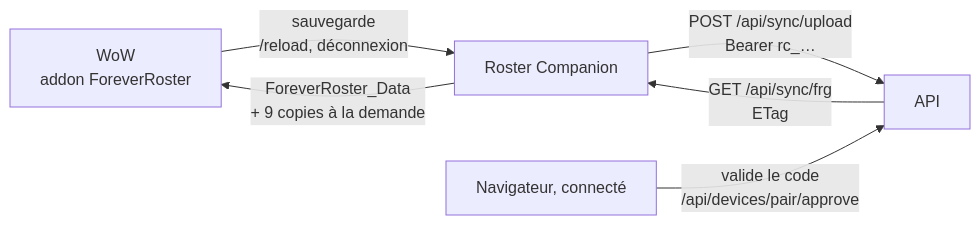
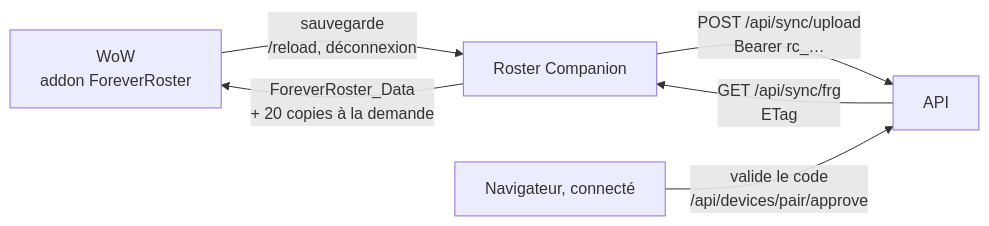
The fifth of 5 diagrams in docs/architecture.md (Sleyvazh/forever-roster), drawn with Mermaid before and after one commit. The commit also changed 29 other files, not shown here.

````diff
--- a/docs/architecture.md
+++ b/docs/architecture.md
@@ -97,8 +97,8 @@
 ```mermaid
 flowchart LR
   W[WoW<br/>addon ForeverRoster] -- sauvegarde<br/>/reload, déconnexion --> R[Roster Companion]
   R -- POST /api/sync/upload<br/>Bearer rc_… --> A[API]
   A -- GET /api/sync/frg<br/>ETag --> R
-  R -- ForeverRoster_Data<br/>+ 9 copies à la demande --> W
+  R -- ForeverRoster_Data<br/>+ 20 copies à la demande --> W
   N[Navigateur, connecté] -- valide le code<br/>/api/devices/pair/approve --> A
 ```
````
